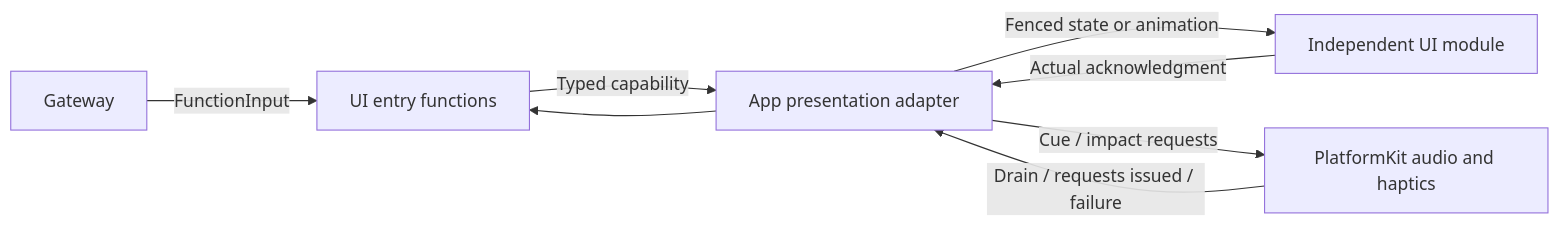
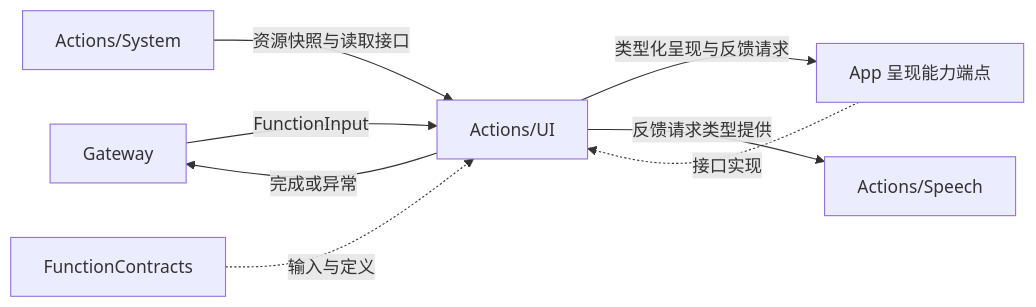
One commit to devilyouwei/MobileHarness changed the first of 2 diagrams in MobileHarness/Actions/UI/README.md. Above: the diagram before and after it, drawn with Mermaid. The commit also changed other lines of this file and 108 other files, not shown here.

````diff
--- a/MobileHarness/Actions/UI/README.md
+++ b/MobileHarness/Actions/UI/README.md
@@ -15,10 +9,10 @@
 ```mermaid
 flowchart LR
- Gateway -->|FunctionInput| Functions[UI entry functions]
- Functions -->|Typed capability| App[App presentation adapter]
- App -->|Fenced state or animation| UI[Independent UI module]
- UI -->|Actual acknowledgment| App
- App -->|Cue / impact requests| Native[PlatformKit audio and haptics]
- Native -->|Drain / requests issued / failure| App
- App --> Functions
+    Gateway -->|FunctionInput| U[Actions/UI]
+    U -->|完成或异常| Gateway
+    Host[App 呈现能力端点] -.->|接口实现| U
+    U -->|类型化呈现与反馈请求| Host
+    System[Actions/System] -->|资源快照与读取接口| U
+    U -->|反馈请求类型提供| Speech[Actions/Speech]
+    Contracts[FunctionContracts] -.->|输入与定义| U
 ```
````
